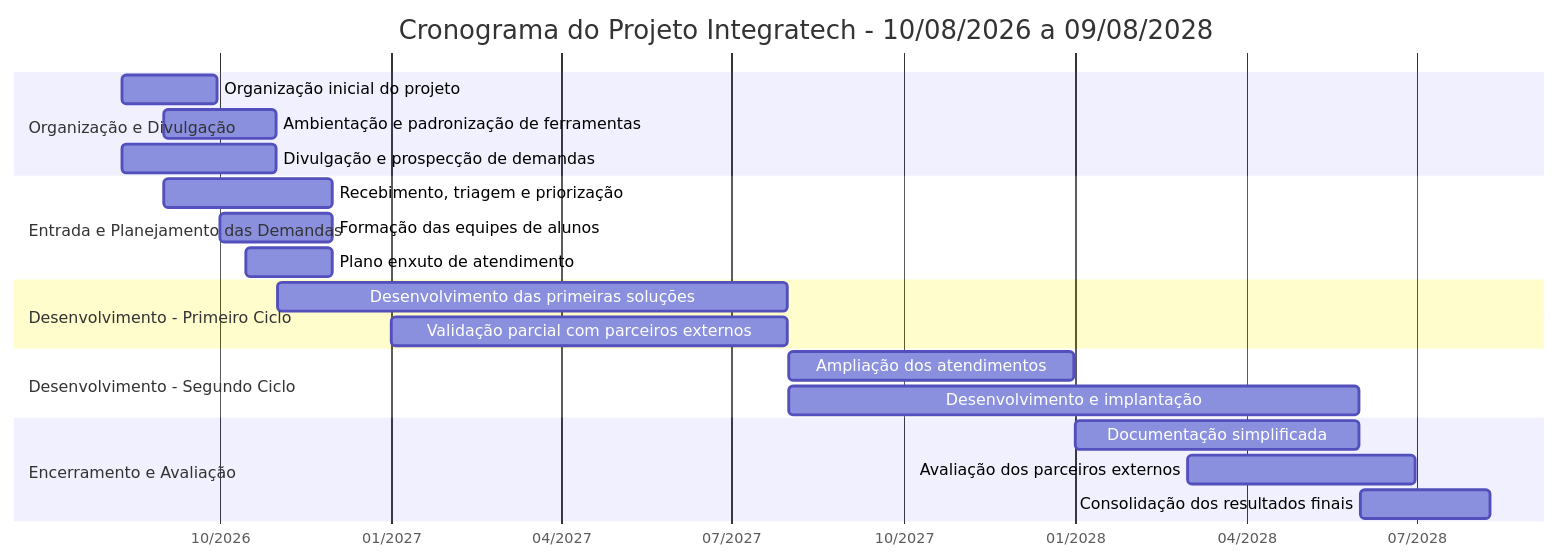
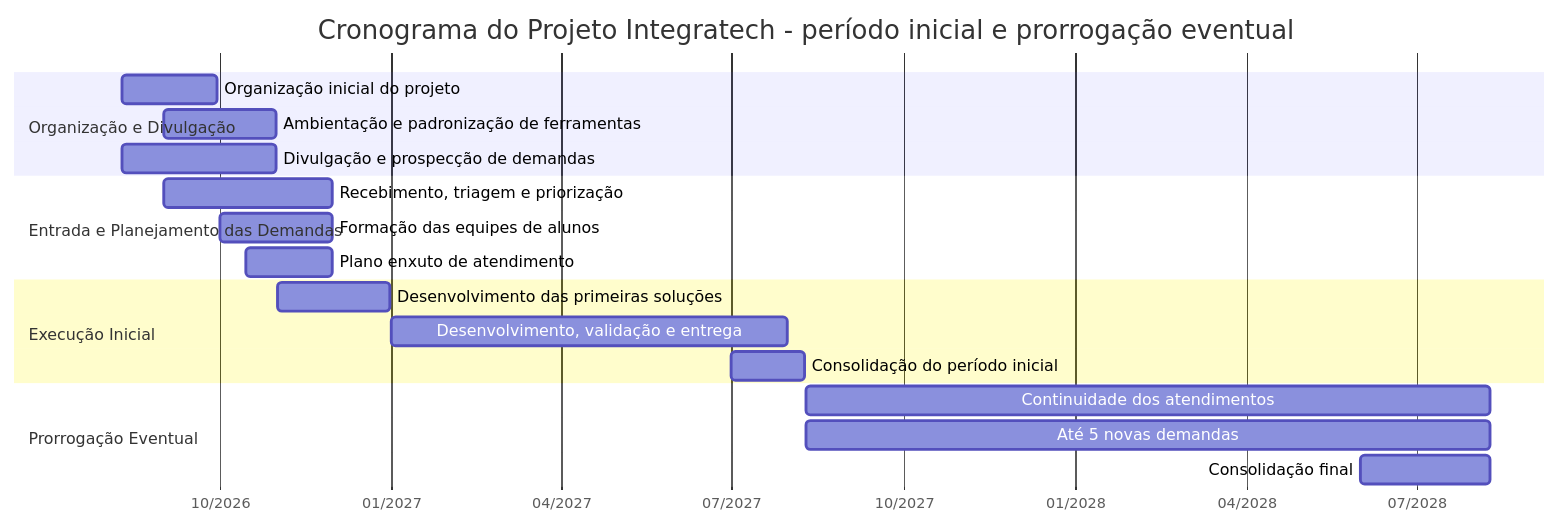
One commit to monteiro74/integratech-sinop changed the fifth of 7 diagrams in README.md. Above: the diagram before and after it, drawn with Mermaid. The commit also changed other lines of this file, not shown here.

````diff
--- a/README.md
+++ b/README.md
@@ -675,29 +689,26 @@
 ```mermaid
 gantt
-    title Cronograma do Projeto Integratech - 10/08/2026 a 09/08/2028
+    title Cronograma do Projeto Integratech - período inicial e prorrogação eventual
     dateFormat  YYYY-MM-DD
     axisFormat  %m/%Y
 
     section Organização e Divulgação
     Organização inicial do projeto           :a1, 2026-08-10, 2026-09-30
     Ambientação e padronização de ferramentas :a2, 2026-09-01, 2026-10-31
     Divulgação e prospecção de demandas      :a3, 2026-08-10, 2026-10-31
 
     section Entrada e Planejamento das Demandas
     Recebimento, triagem e priorização       :b1, 2026-09-01, 2026-11-30
     Formação das equipes de alunos           :b2, 2026-10-01, 2026-11-30
     Plano enxuto de atendimento              :b3, 2026-10-15, 2026-11-30
 
-    section Desenvolvimento - Primeiro Ciclo
-    Desenvolvimento das primeiras soluções   :c1, 2026-11-01, 2027-07-31
-    Validação parcial com parceiros externos :c2, 2027-01-01, 2027-07-31
+    section Execução Inicial
+    Desenvolvimento das primeiras soluções   :c1, 2026-11-01, 2026-12-31
+    Desenvolvimento, validação e entrega     :c2, 2027-01-01, 2027-07-31
+    Consolidação do período inicial          :c3, 2027-07-01, 2027-08-09
 
-    section Desenvolvimento - Segundo Ciclo
-    Ampliação dos atendimentos               :d1, 2027-08-01, 2027-12-31
-    Desenvolvimento e implantação            :d2, 2027-08-01, 2028-05-31
-
-    section Encerramento e Avaliação
-    Documentação simplificada                :e1, 2028-01-01, 2028-05-31
-    Avaliação dos parceiros externos         :e2, 2028-03-01, 2028-06-30
-    Consolidação dos resultados finais        :e3, 2028-06-01, 2028-08-09
+    section Prorrogação Eventual
+    Continuidade dos atendimentos            :d1, 2027-08-10, 2028-08-09
+    Até 5 novas demandas                     :d2, 2027-08-10, 2028-08-09
+    Consolidação final                       :d3, 2028-06-01, 2028-08-09
 ```
````
